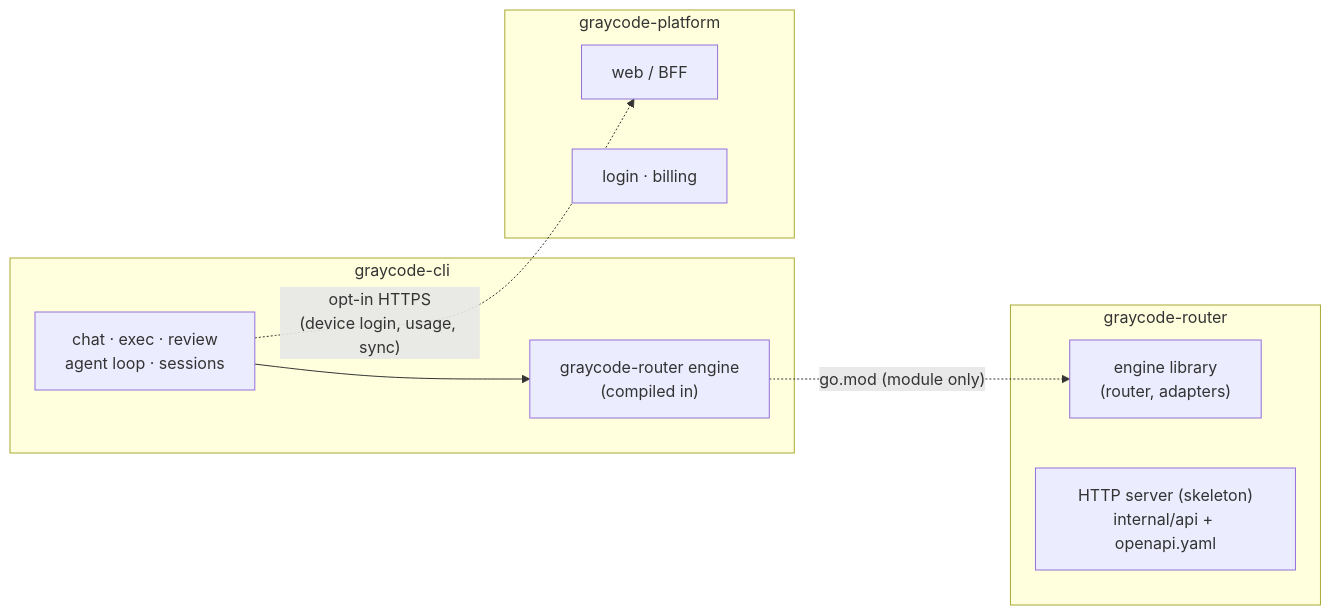
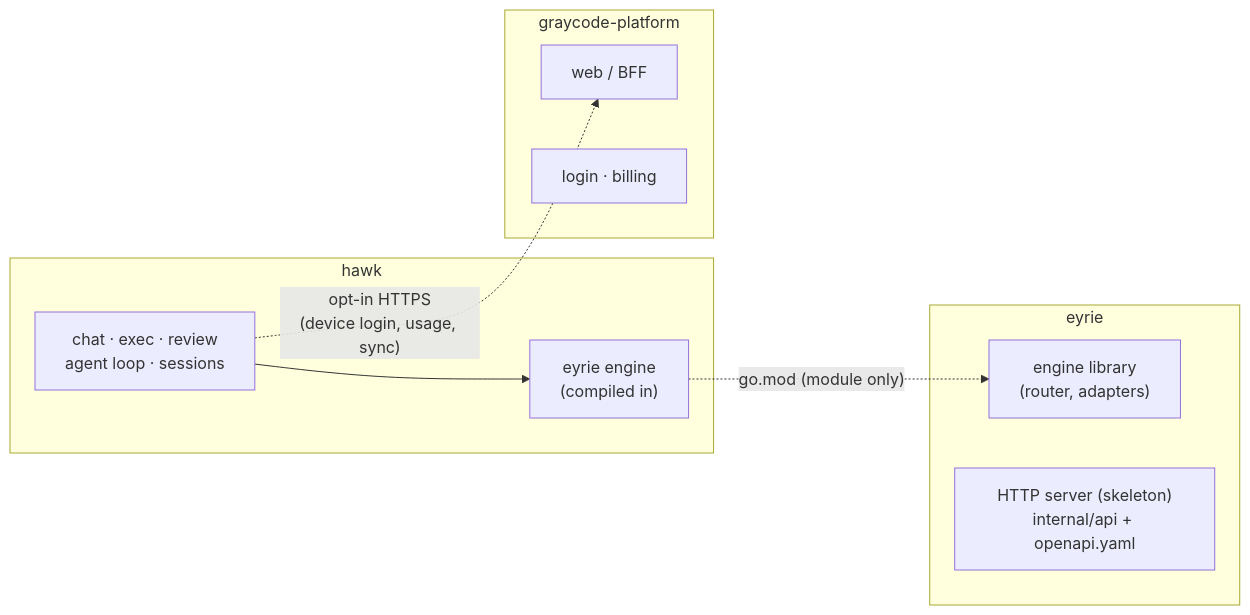
Before and after one commit to GrayCodeAI/Rhov: the first of 2 diagrams in docs/design/three-repo-architecture.md, drawn with Mermaid. The commit also changed other lines of this file and 1424 other files, not shown here.

First line of the commit message:
chore!: rename graycode back to hawk (#301)

````diff
--- a/docs/design/three-repo-architecture.md
+++ b/docs/design/three-repo-architecture.md
@@ -9,21 +9,21 @@
 ```mermaid
 flowchart LR
-    subgraph CLI["graycode-cli"]
+    subgraph CLI["hawk"]
         TUI["chat · exec · review\nagent loop · sessions"]
-        ENG["graycode-router engine\n(compiled in)"]
+        ENG["eyrie engine\n(compiled in)"]
     end
 
-    subgraph ROUTER["graycode-router"]
+    subgraph ROUTER["eyrie"]
         LIB["engine library\n(router, adapters)"]
         SRV["HTTP server (skeleton)\ninternal/api + openapi.yaml"]
     end
 
     subgraph PLAT["graycode-platform"]
         WEB["web / BFF"]
         AUTH["login · billing"]
     end
 
     TUI --> ENG
     ENG -. "go.mod (module only)" .-> LIB
     TUI -. "opt-in HTTPS\n(device login, usage, sync)" .-> WEB
 ```
````
